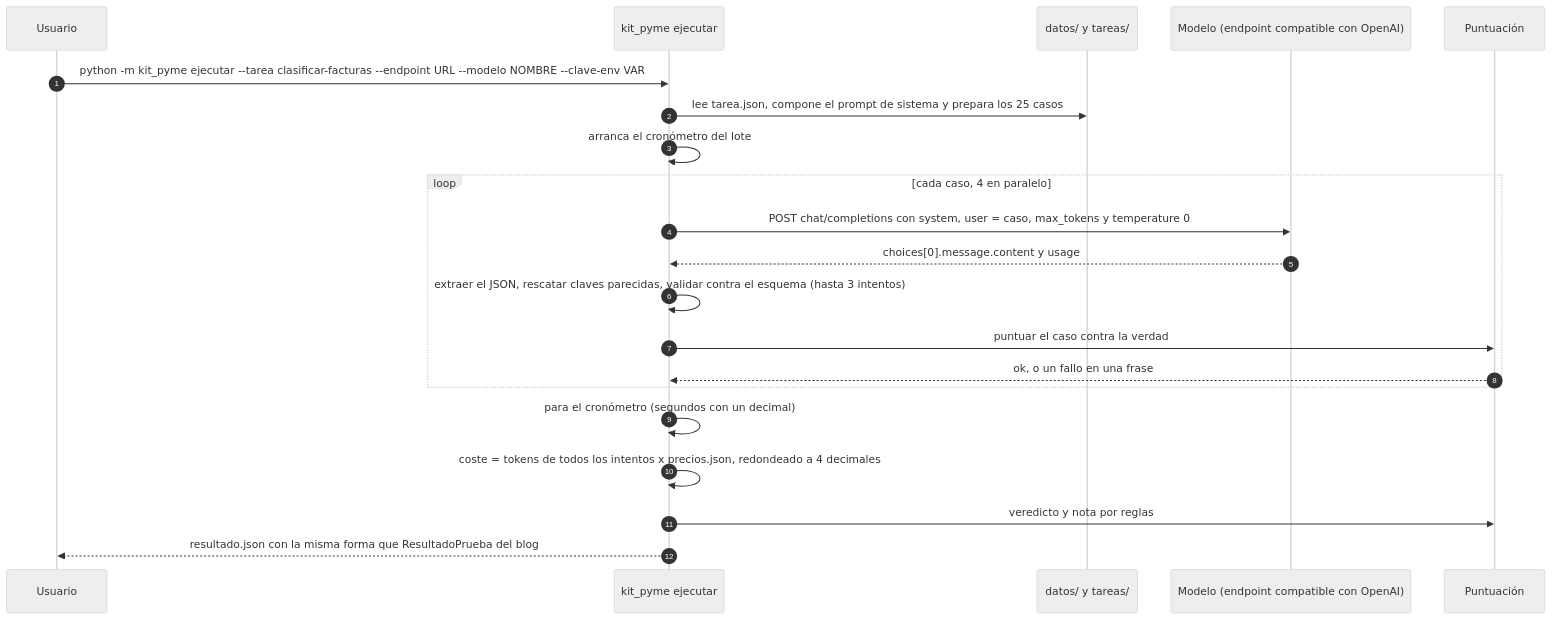
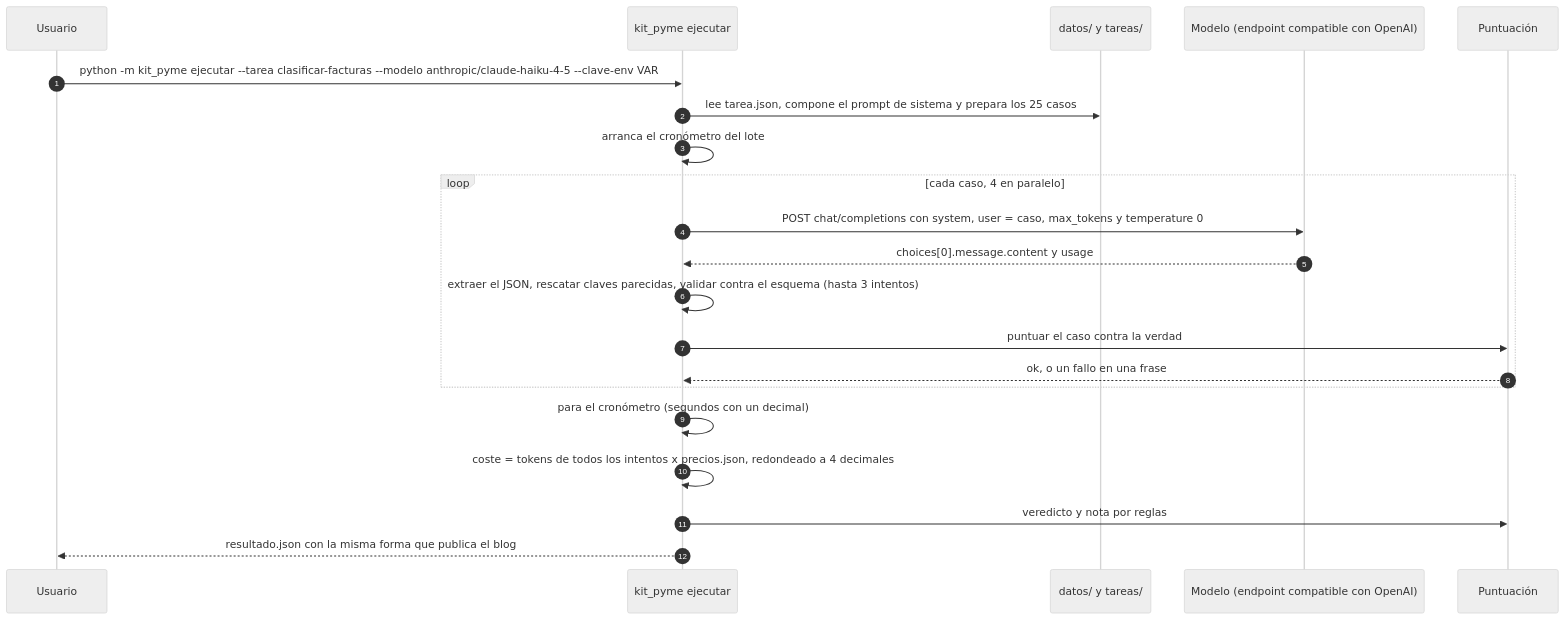
One commit to Bytenauta-Org/Kit_de_la_pyme changed the second of 6 diagrams in README.md. Above: the diagram before and after it, drawn with Mermaid (neutral theme). The commit also changed other lines of this file and 28 other files, not shown here.

````diff
--- a/README.md
+++ b/README.md
@@ -93,23 +180,23 @@
 ```mermaid
 sequenceDiagram
   autonumber
   participant U as Usuario
   participant K as kit_pyme ejecutar
   participant D as datos/ y tareas/
   participant M as Modelo (endpoint compatible con OpenAI)
   participant Q as Puntuación
-  U->>K: python -m kit_pyme ejecutar --tarea clasificar-facturas --endpoint URL --modelo NOMBRE --clave-env VAR
+  U->>K: python -m kit_pyme ejecutar --tarea clasificar-facturas --modelo anthropic/claude-haiku-4-5 --clave-env VAR
   K->>D: lee tarea.json, compone el prompt de sistema y prepara los 25 casos
   K->>K: arranca el cronómetro del lote
   loop cada caso, 4 en paralelo
     K->>M: POST chat/completions con system, user = caso, max_tokens y temperature 0
     M-->>K: choices[0].message.content y usage
     K->>K: extraer el JSON, rescatar claves parecidas, validar contra el esquema (hasta 3 intentos)
     K->>Q: puntuar el caso contra la verdad
     Q-->>K: ok, o un fallo en una frase
   end
   K->>K: para el cronómetro (segundos con un decimal)
   K->>K: coste = tokens de todos los intentos x precios.json, redondeado a 4 decimales
   K->>Q: veredicto y nota por reglas
-  K-->>U: resultado.json con la misma forma que ResultadoPrueba del blog
+  K-->>U: resultado.json con la misma forma que publica el blog
 ```
````
